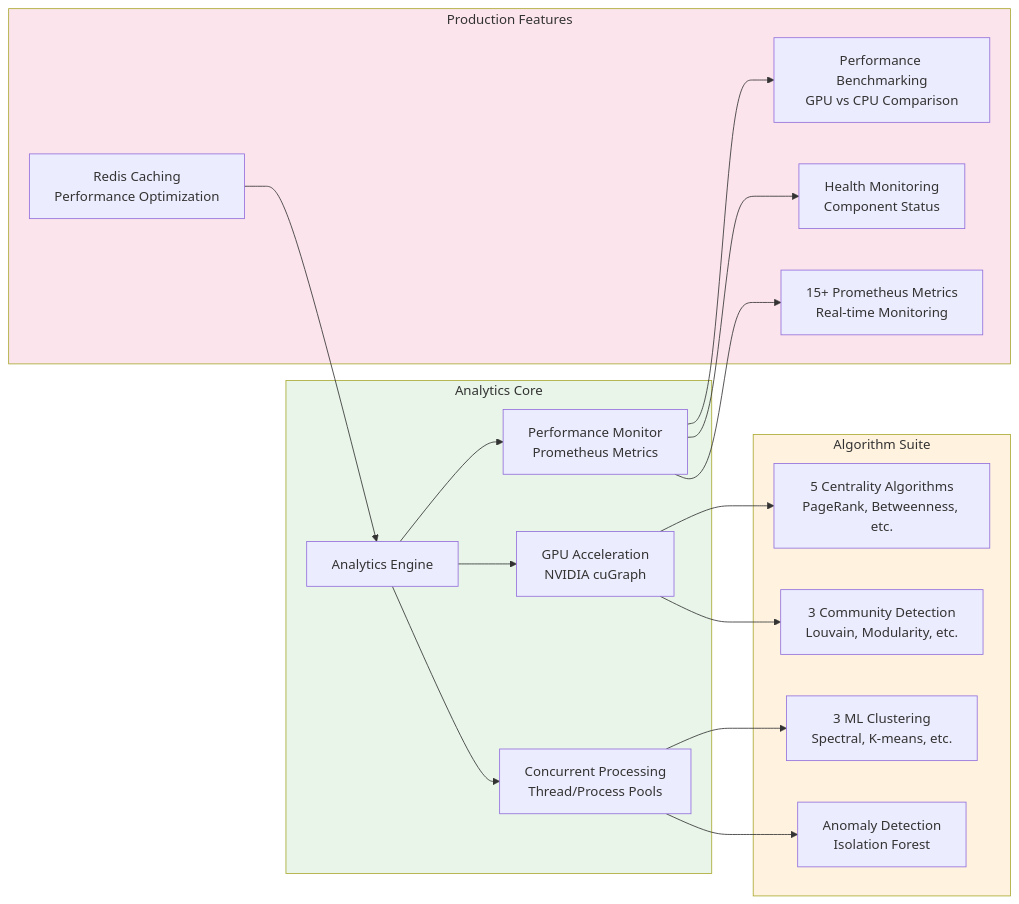
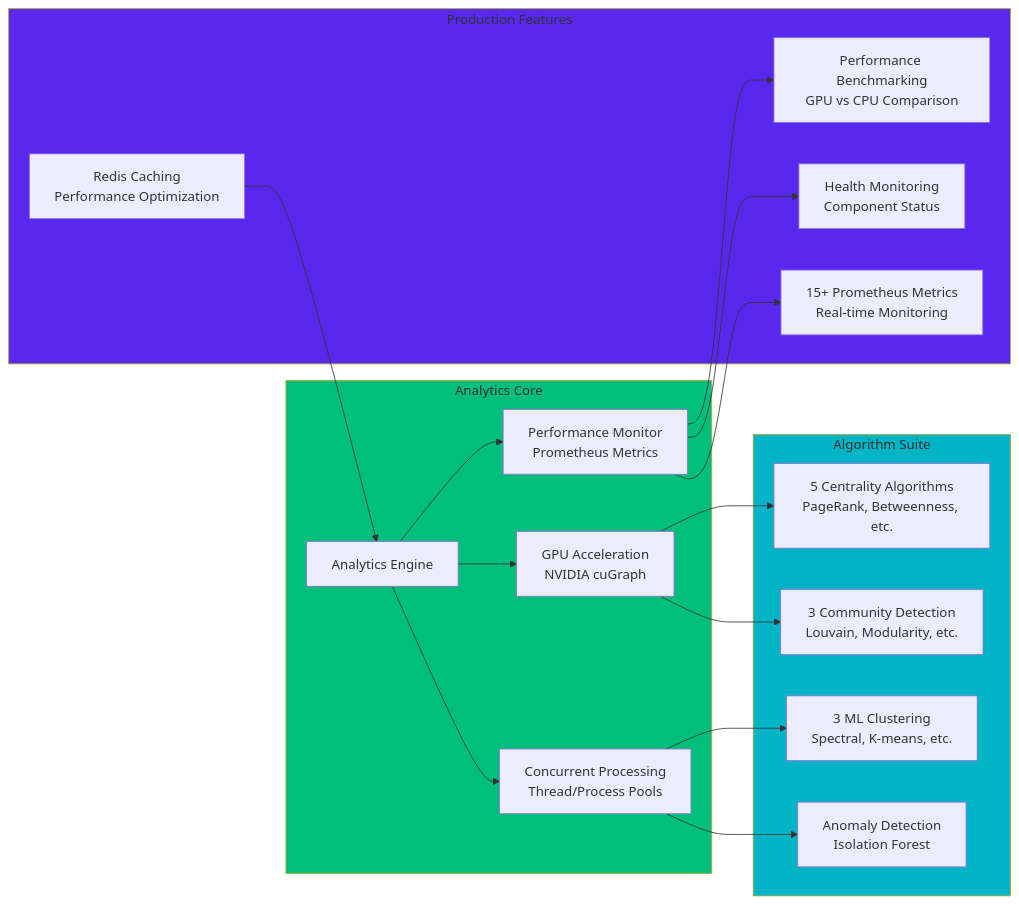
Before and after one commit to elementalcollision/GraphMemory-IDE: the sixth of 17 diagrams in README.md, drawn with Mermaid. The commit also changed other lines of this file, not shown here.

Commit message:
feat: Apply vibrant color palette to all Mermaid diagrams for improved readability and visual consistency

````diff
--- a/README.md
+++ b/README.md
@@ -345,41 +345,41 @@
 ```mermaid
 graph LR
     subgraph AnalyticsCore["Analytics Core"]
         Engine[Analytics Engine]
         GPU[GPU Acceleration<br/>NVIDIA cuGraph]
         Monitor[Performance Monitor<br/>Prometheus Metrics]
         Concurrent[Concurrent Processing<br/>Thread/Process Pools]
     end
     
     subgraph AlgorithmSuite["Algorithm Suite"]
         Centrality[5 Centrality Algorithms<br/>PageRank, Betweenness, etc.]
         Community[3 Community Detection<br/>Louvain, Modularity, etc.]
         ML[3 ML Clustering<br/>Spectral, K-means, etc.]
         Anomaly[Anomaly Detection<br/>Isolation Forest]
     end
     
     subgraph ProductionFeatures["Production Features"]
         Benchmarks[Performance Benchmarking<br/>GPU vs CPU Comparison]
         Health[Health Monitoring<br/>Component Status]
         Metrics[15+ Prometheus Metrics<br/>Real-time Monitoring]
         Cache[Redis Caching<br/>Performance Optimization]
     end
     
     Engine --> GPU
     Engine --> Monitor
     Engine --> Concurrent
     
     GPU --> Centrality
     GPU --> Community
     Concurrent --> ML
     Concurrent --> Anomaly
     
     Monitor --> Benchmarks
     Monitor --> Health
     Monitor --> Metrics
     Cache --> Engine
     
-    style AnalyticsCore fill:#e8f5e8
-    style AlgorithmSuite fill:#fff3e0
-    style ProductionFeatures fill:#fce4ec
+    style AnalyticsCore fill:#00bf7d
+    style AlgorithmSuite fill:#00b4c5
+    style ProductionFeatures fill:#5928ed
 ```
````
